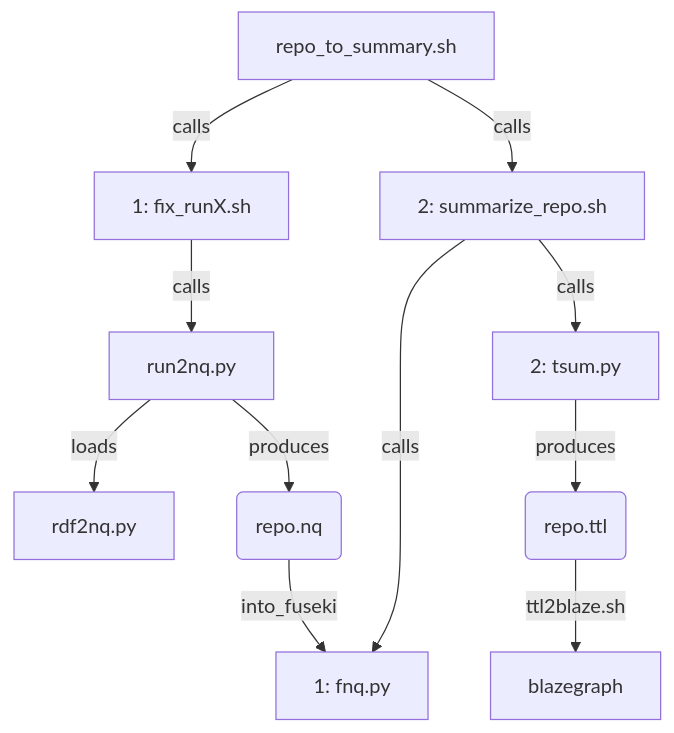
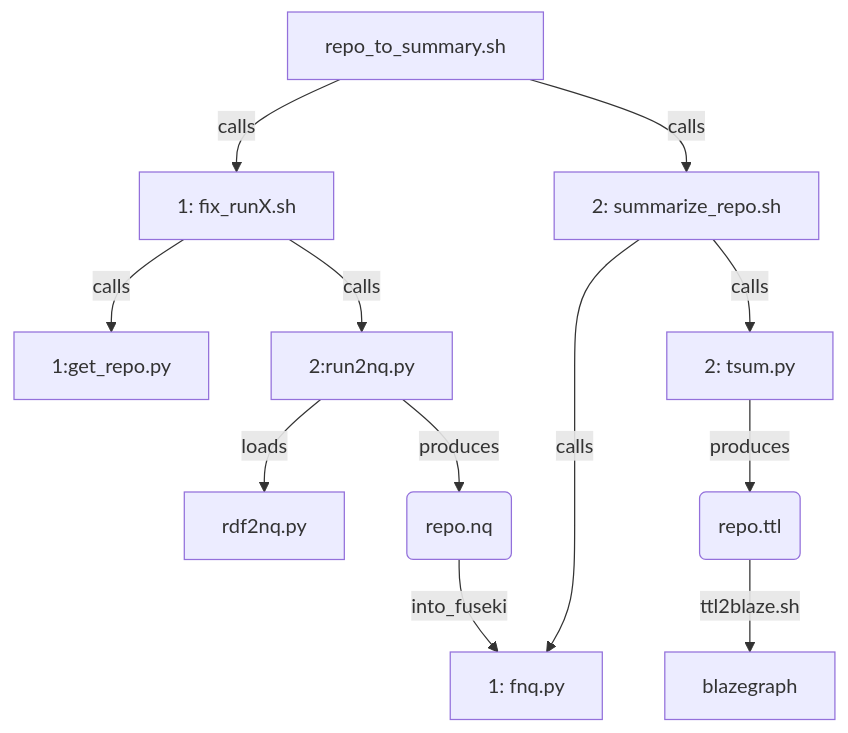
Before and after one commit to MBcode/ec: the diagram in summary/call.md, drawn with Mermaid.

Commit message:
Update call.md
add fork's fix, on get_repo.py now being called 1st to get the repo files for the run2nq quad process for the runX fix

````diff
--- a/summary/call.md
+++ b/summary/call.md
@@ -5,9 +5,10 @@
 ```mermaid
 flowchart TD;
 R2S[repo_to_summary.sh]  -- calls --> G[1: fix_runX.sh];
-G -- calls --> r2n[run2nq.py] -- loads --> rdf2[rdf2nq.py];
+G -- calls --> gr[1:get_repo.py]
+G -- calls --> r2n[2:run2nq.py] -- loads --> rdf2[rdf2nq.py];
 R2S -- calls --> SR[2: summarize_repo.sh];
 SR -- calls --> F1[1: fnq.py];
 SR -- calls --> F2[2: tsum.py] -- produces --> RT(repo.ttl) -- ttl2blaze.sh --> B[blazegraph];
 r2n -- produces --> nq(repo.nq) -- into_fuseki --> F1;
 ```
````
